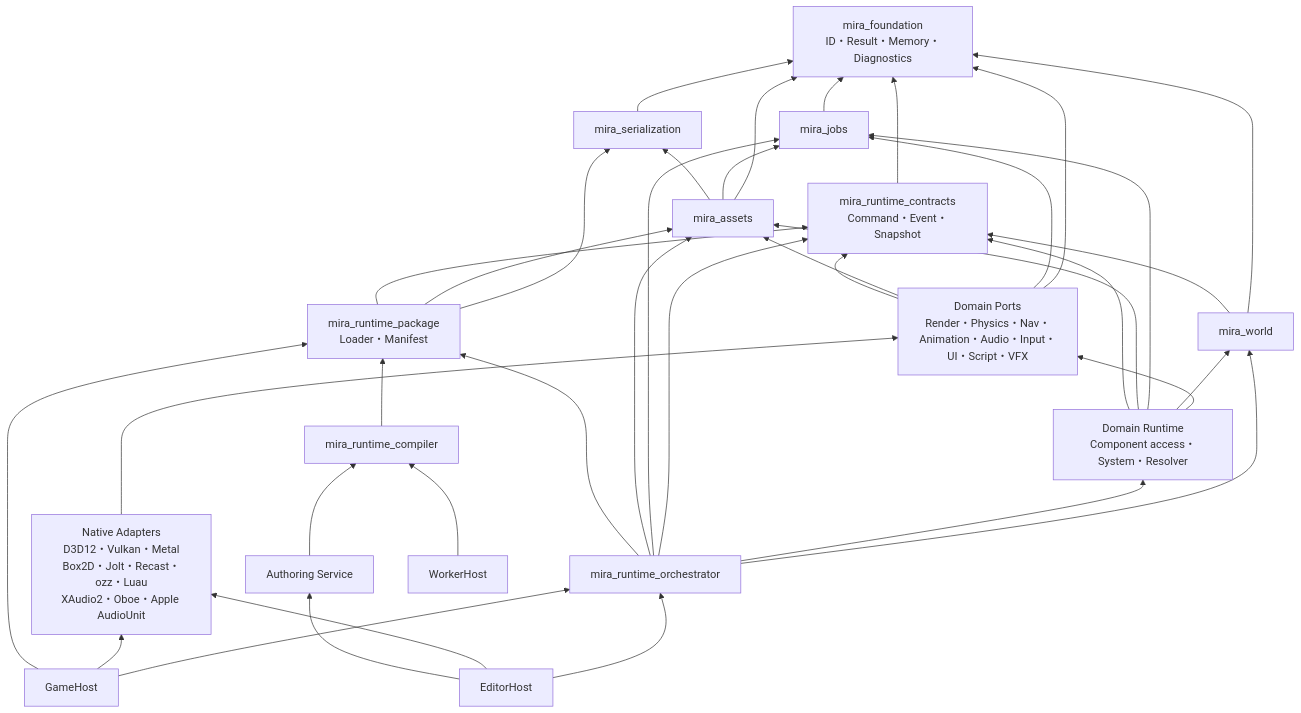
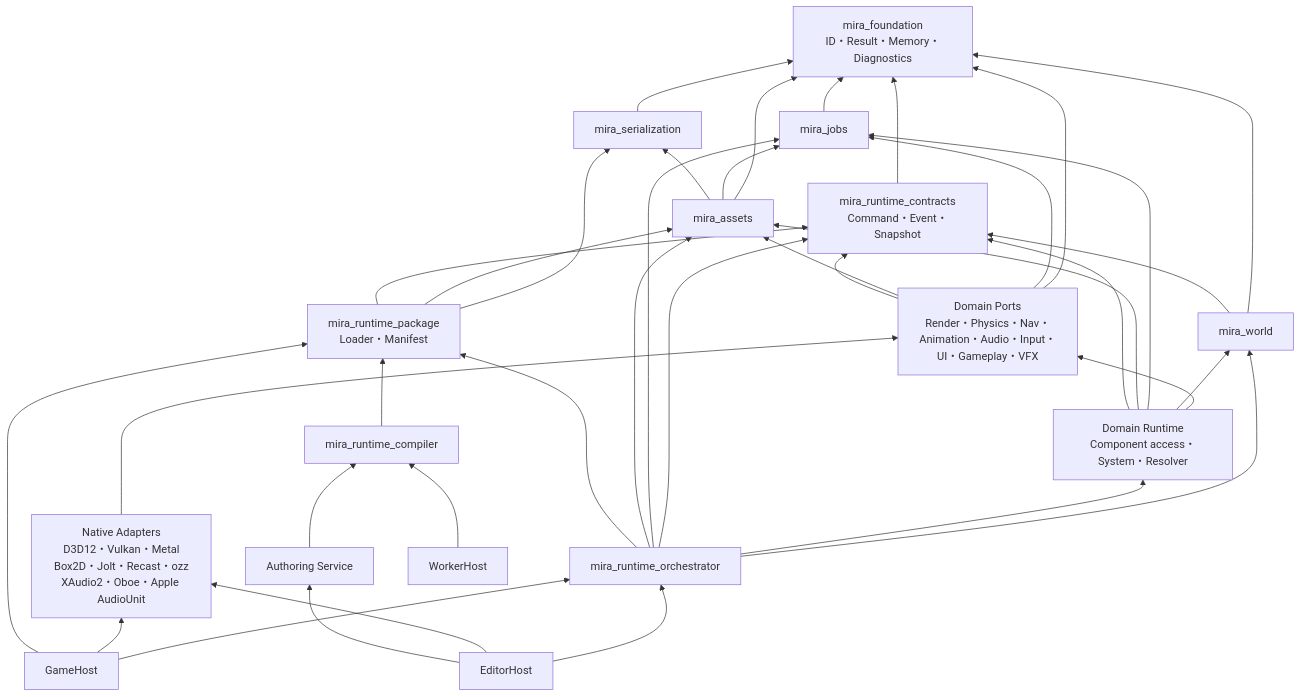
The first of 2 diagrams in docs/superpowers/specs/2026-07-19-runtime-integration-lifetime-performance-design.md (y2ikgm89/miraikanai-engine), drawn with Mermaid before and after one commit. The commit also changed other lines of this file and 10 other files, not shown here.

Commit message:
docs: adopt C++ and structured game data architecture

````diff
--- a/docs/superpowers/specs/2026-07-19-runtime-integration-lifetime-performance-design.md
+++ b/docs/superpowers/specs/2026-07-19-runtime-integration-lifetime-performance-design.md
@@ -78,56 +80,56 @@
 ```mermaid
 flowchart BT
   Foundation["mira_foundation\nID・Result・Memory・Diagnostics"]
   Jobs["mira_jobs"]
   Serialization["mira_serialization"]
   Assets["mira_assets"]
   Contracts["mira_runtime_contracts\nCommand・Event・Snapshot"]
   World["mira_world"]
-  Ports["Domain Ports\nRender・Physics・Nav・Animation・Audio・Input・UI・Script・VFX"]
+  Ports["Domain Ports\nRender・Physics・Nav・Animation・Audio・Input・UI・Gameplay・VFX"]
   DomainRuntime["Domain Runtime\nComponent access・System・Resolver"]
-  Adapters["Native Adapters\nD3D12・Vulkan・Metal\nBox2D・Jolt・Recast・ozz・Luau\nXAudio2・Oboe・Apple AudioUnit"]
+  Adapters["Native Adapters\nD3D12・Vulkan・Metal\nBox2D・Jolt・Recast・ozz\nXAudio2・Oboe・Apple AudioUnit"]
   Orchestrator["mira_runtime_orchestrator"]
   Package["mira_runtime_package\nLoader・Manifest"]
   Compiler["mira_runtime_compiler"]
   Authoring["Authoring Service"]
   EditorHost["EditorHost"]
   GameHost["GameHost"]
   WorkerHost["WorkerHost"]
 
   Jobs --> Foundation
   Serialization --> Foundation
   Assets --> Foundation
   Assets --> Jobs
   Assets --> Serialization
   Contracts --> Foundation
   World --> Foundation
   World --> Contracts
   Ports --> Foundation
   Ports --> Jobs
   Ports --> Assets
   Ports --> Contracts
   DomainRuntime --> Ports
   DomainRuntime --> World
   DomainRuntime --> Jobs
   DomainRuntime --> Assets
   DomainRuntime --> Contracts
   Adapters --> Ports
   Orchestrator --> World
   Orchestrator --> DomainRuntime
   Orchestrator --> Contracts
   Orchestrator --> Jobs
   Orchestrator --> Assets
   Orchestrator --> Package
   Package --> Serialization
   Package --> Assets
   Package --> Contracts
   Compiler --> Package
   Authoring --> Compiler
   EditorHost --> Orchestrator
   EditorHost --> Adapters
   EditorHost --> Authoring
   GameHost --> Orchestrator
   GameHost --> Adapters
   GameHost --> Package
   WorkerHost --> Compiler
 ```
````
